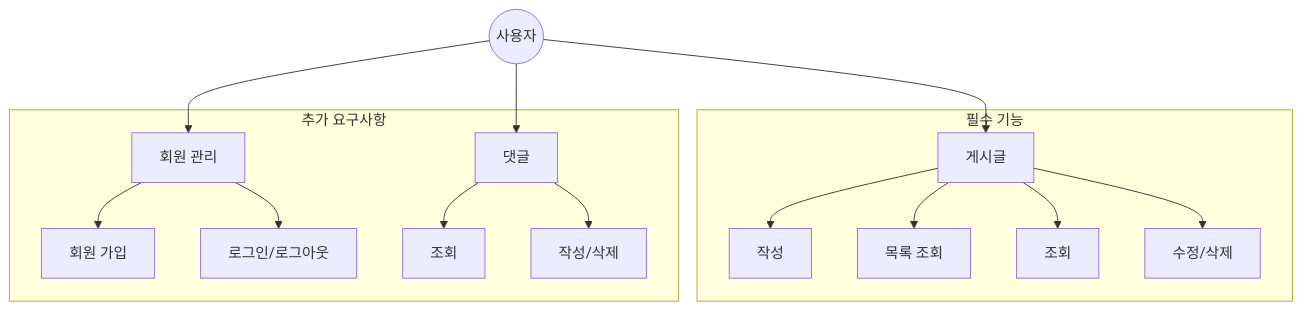
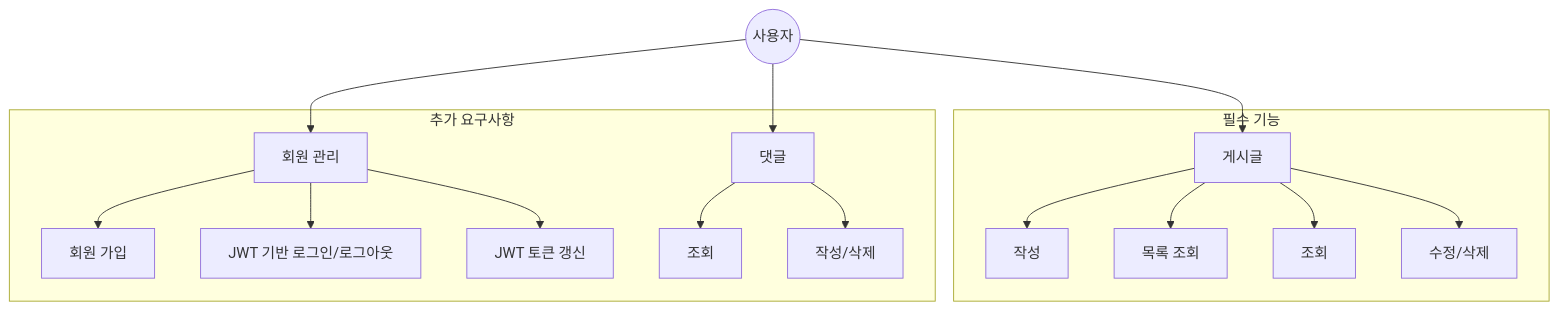
The first of 2 diagrams in data/blog/hanghae99/pre-study/framework/week-1.mdx (kilhyeonjun/tailwind-nextjs-starter-blog), drawn with Mermaid before and after one commit. The commit also changed other lines of this file and 1 other file, not shown here.

Commit message:
feat: 항해99 플러스 백엔드 코스 6기 프레임워크 사전 스터디 1주차 - 사전과제 UML 및 ERD ERD 부분 작성 및 전체 수정

````diff
--- a/data/blog/hanghae99/pre-study/framework/week-1.mdx
+++ b/data/blog/hanghae99/pre-study/framework/week-1.mdx
@@ -36,22 +41,23 @@
 ```mermaid
 flowchart TD
     A((사용자))
     subgraph 필수 기능
     P[게시글]
     P --> B[작성]
     P --> C[목록 조회]
     P --> D[조회]
     P --> E[수정/삭제]
     end
     subgraph 추가 요구사항
     M[회원 관리]
     M --> F[회원 가입]
-    M --> G[로그인/로그아웃]
+    M --> G[JWT 기반 로그인/로그아웃]
+    M --> H[JWT 토큰 갱신]
     Q[댓글]
-    Q --> H[조회]
-    Q --> I[작성/삭제]
+    Q --> I[조회]
+    Q --> J[작성/삭제]
     end
     A --> P
     A --> M
     A --> Q
 ```
````
